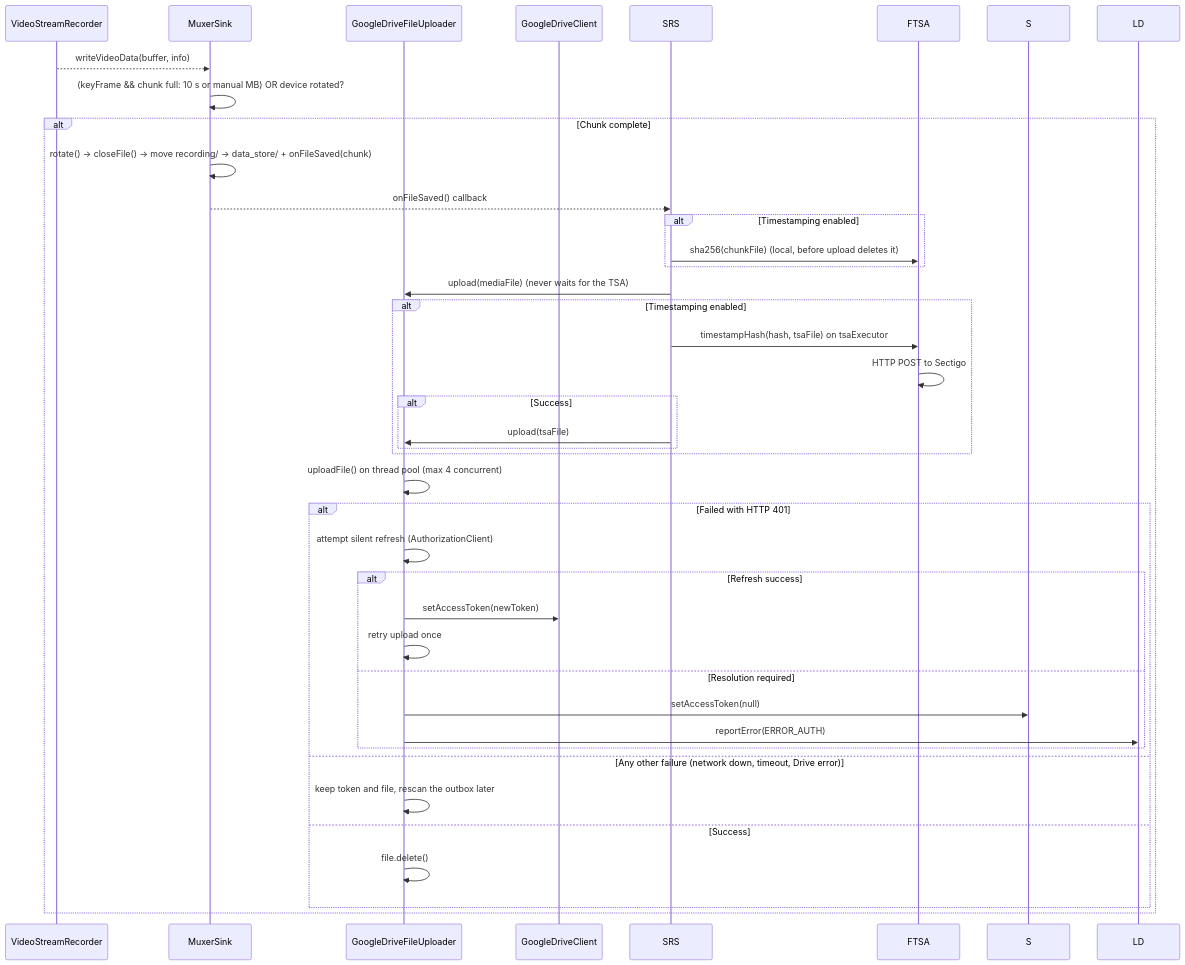
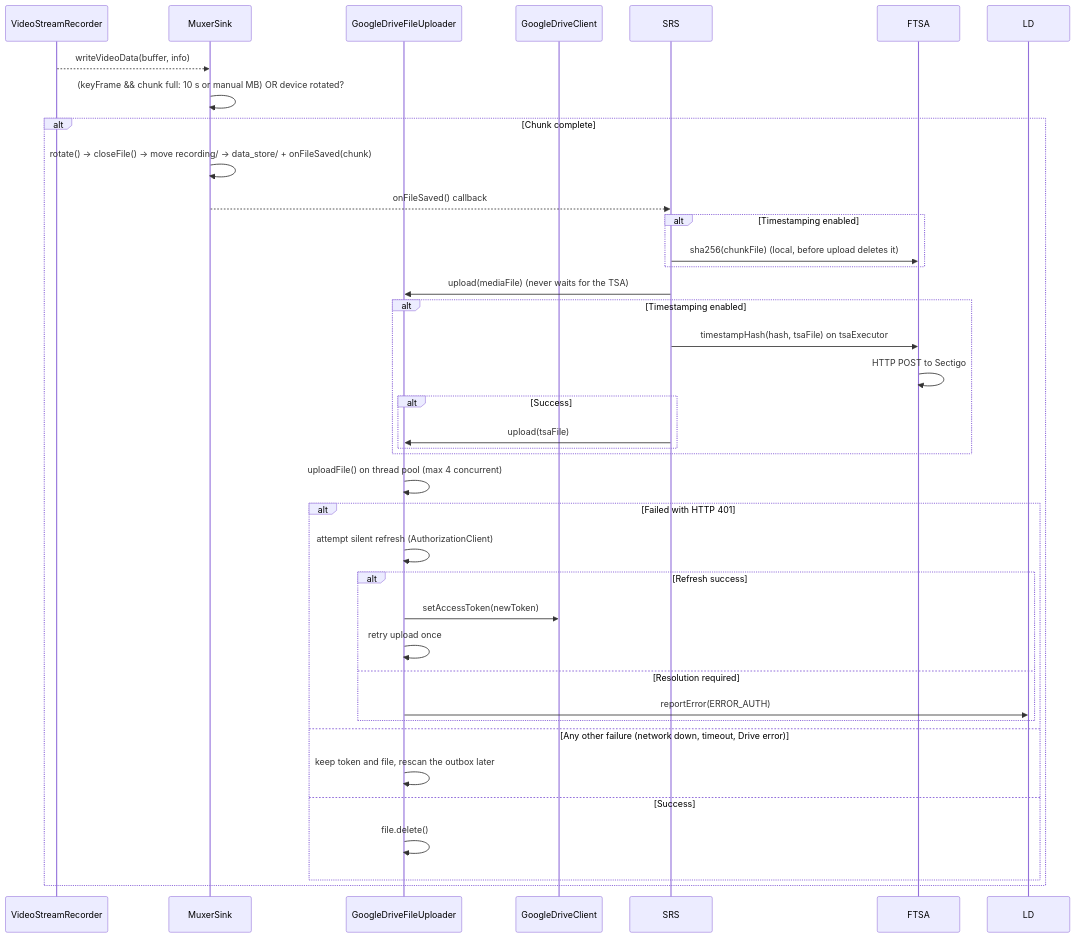
One commit to ark3us/saferec changed the third of 4 diagrams in AGENTS.md. Above: the diagram before and after it, drawn with Mermaid. The commit also changed other lines of this file and 1 other file, not shown here.

Commit message:
Document that background auth errors keep the token

````diff
--- a/AGENTS.md
+++ b/AGENTS.md
@@ -165,40 +165,39 @@
 ```mermaid
 sequenceDiagram
     participant VSR as VideoStreamRecorder
     participant MS as MuxerSink
     participant GDFU as GoogleDriveFileUploader
     participant GDC as GoogleDriveClient
 
     VSR-->>MS: writeVideoData(buffer, info)
     MS->>MS: (keyFrame && chunk full: 10 s or manual MB) OR device rotated?
     alt Chunk complete
         MS->>MS: rotate() → closeFile() → move recording/ → data_store/ + onFileSaved(chunk)
         MS-->>SRS: onFileSaved() callback
         alt Timestamping enabled
             SRS->>FTSA: sha256(chunkFile) (local, before upload deletes it)
         end
         SRS->>GDFU: upload(mediaFile) (never waits for the TSA)
         alt Timestamping enabled
             SRS->>FTSA: timestampHash(hash, tsaFile) on tsaExecutor
             FTSA->>FTSA: HTTP POST to Sectigo
             alt Success
                 SRS->>GDFU: upload(tsaFile)
             end
         end
         GDFU->>GDFU: uploadFile() on thread pool (max 4 concurrent)
         alt Failed with HTTP 401
             GDFU->>GDFU: attempt silent refresh (AuthorizationClient)
             alt Refresh success
                 GDFU->>GDC: setAccessToken(newToken)
                 GDFU->>GDFU: retry upload once
             else Resolution required
-                GDFU->>S: setAccessToken(null)
                 GDFU->>LD: reportError(ERROR_AUTH)
             end
         else Any other failure (network down, timeout, Drive error)
             GDFU->>GDFU: keep token and file, rescan the outbox later
         else Success
             GDFU->>GDFU: file.delete()
         end
     end
 ```
````
